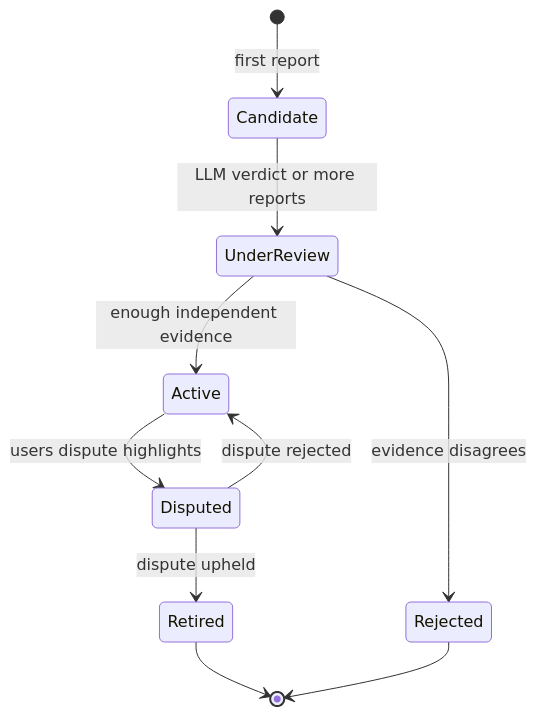
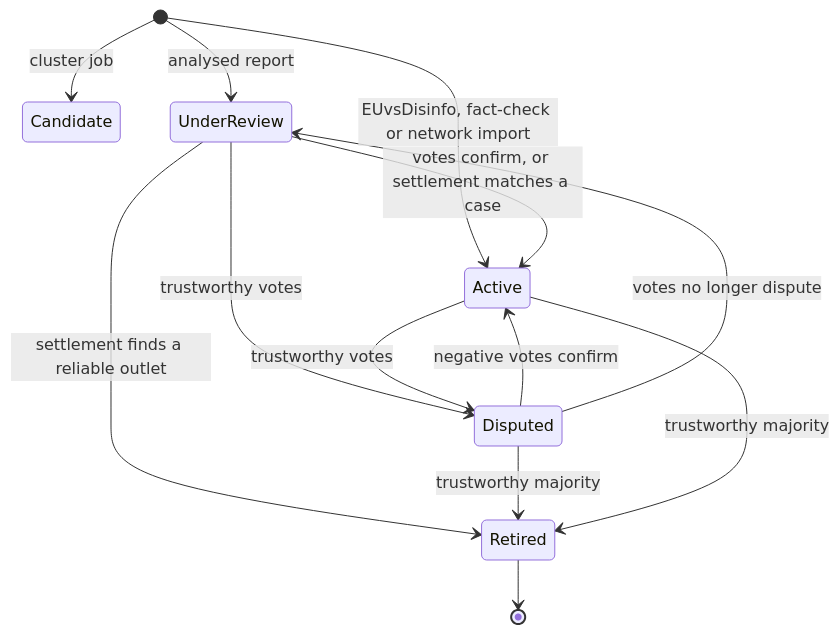
The third of 3 diagrams in docs/architecture.md (nlinnanen/konklaavi), drawn with Mermaid before and after one commit. The commit also changed other lines of this file and 5 other files, not shown here.

````diff
--- a/docs/architecture.md
+++ b/docs/architecture.md
@@ -58,12 +53,15 @@
 ```mermaid
 stateDiagram-v2
-  [*] --> Candidate: first report
-  Candidate --> UnderReview: LLM verdict or more reports
-  UnderReview --> Active: enough independent evidence
-  UnderReview --> Rejected: evidence disagrees
-  Active --> Disputed: users dispute highlights
-  Disputed --> Active: dispute rejected
-  Disputed --> Retired: dispute upheld
+  [*] --> Candidate: cluster job
+  [*] --> UnderReview: analysed report
+  [*] --> Active: EUvsDisinfo, fact-check or network import
+  UnderReview --> Active: votes confirm, or settlement matches a case
+  UnderReview --> Retired: settlement finds a reliable outlet
+  UnderReview --> Disputed: trustworthy votes
+  Active --> Disputed: trustworthy votes
+  Disputed --> Active: negative votes confirm
+  Disputed --> UnderReview: votes no longer dispute
+  Disputed --> Retired: trustworthy majority
+  Active --> Retired: trustworthy majority
   Retired --> [*]
-  Rejected --> [*]
 ```
````
